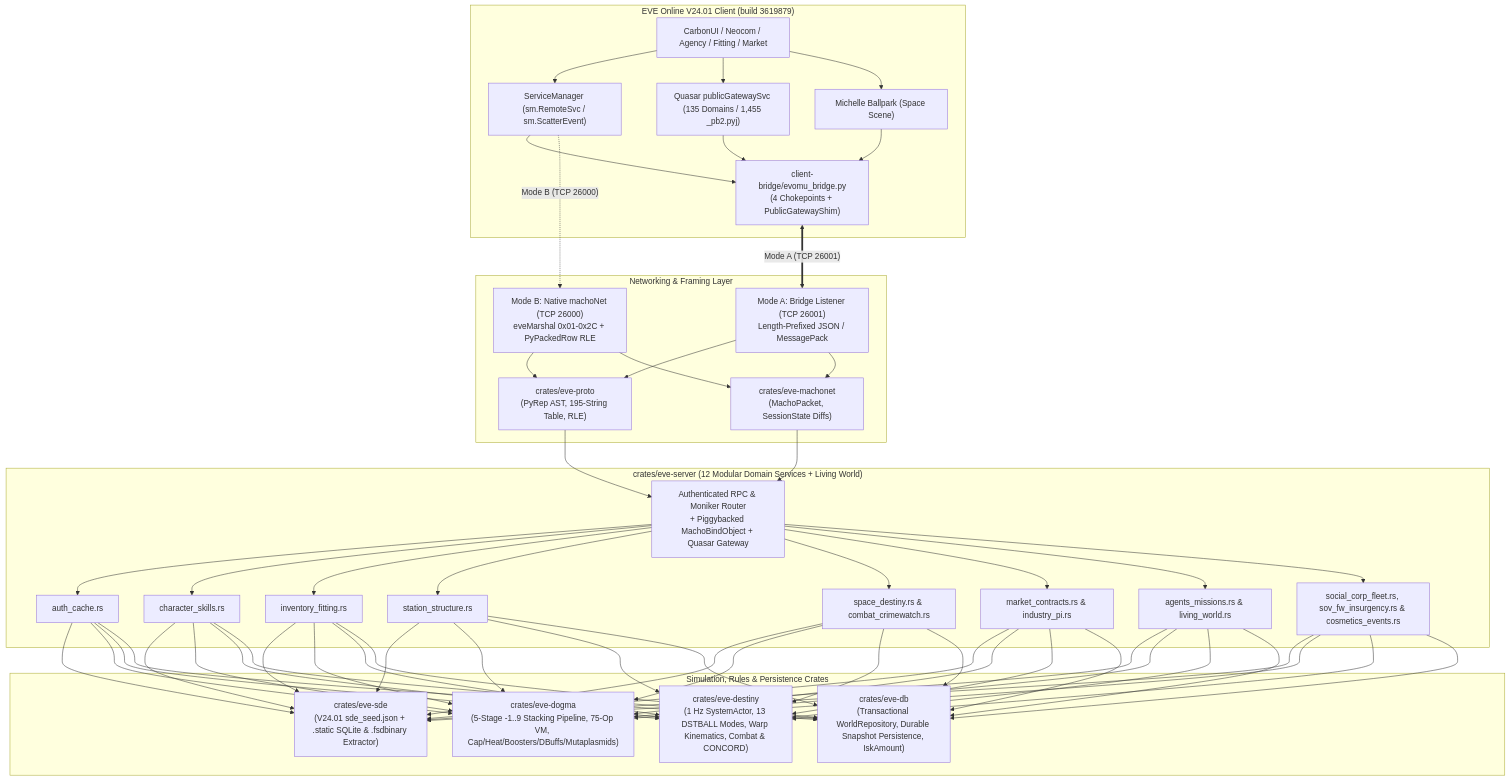
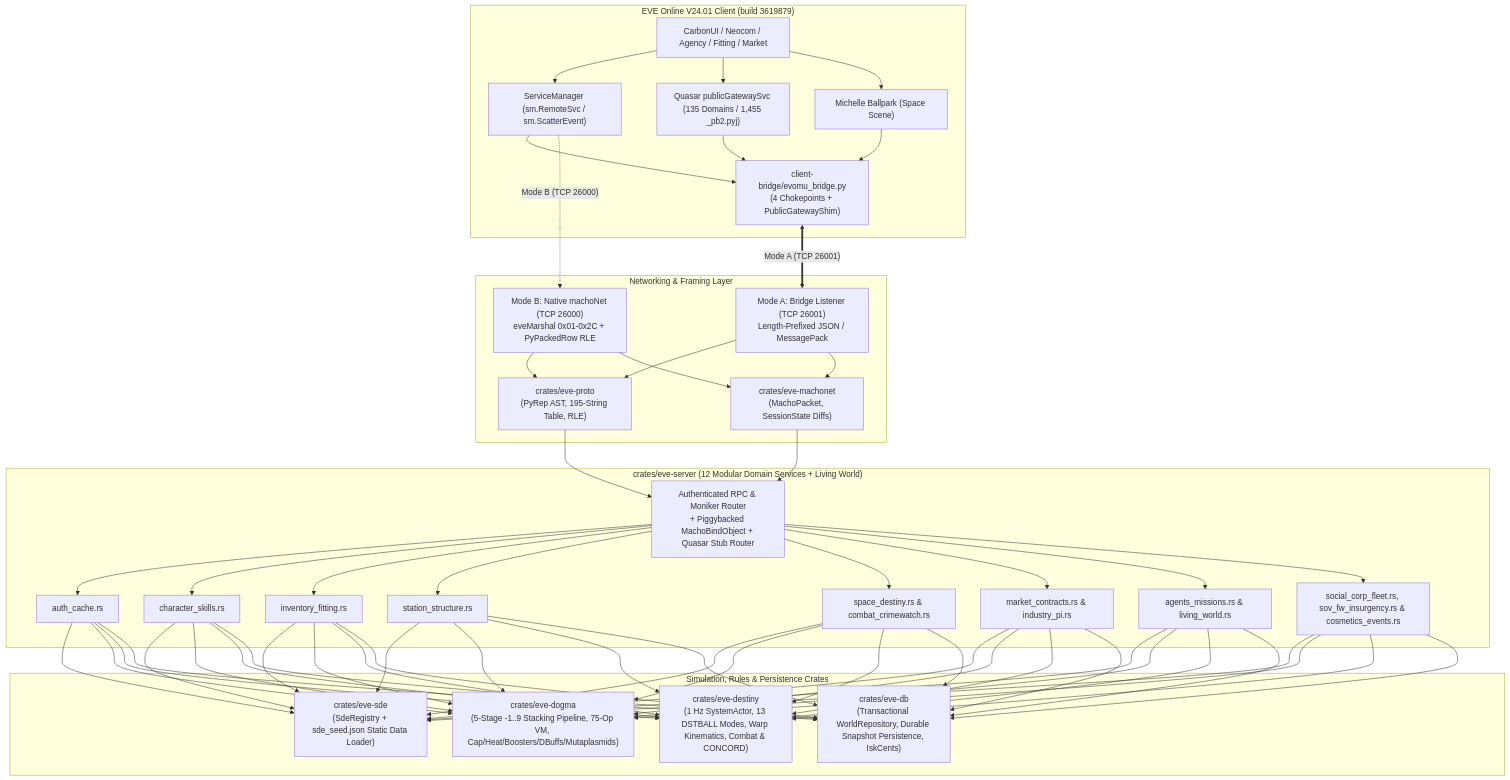
Before and after one commit to saverchenkov/EvoMu: the first of 3 diagrams in README.md, drawn with Mermaid. The commit also changed other lines of this file and 49 other files, not shown here.

````diff
--- a/README.md
+++ b/README.md
@@ -85,45 +85,45 @@
 ```mermaid
 flowchart TB
     subgraph Client ["EVE Online V24.01 Client (build 3619879)"]
         UI["CarbonUI / Neocom / Agency / Fitting / Market"]
         SM["ServiceManager (sm.RemoteSvc / sm.ScatterEvent)"]
         PG["Quasar publicGatewaySvc (135 Domains / 1,455 _pb2.pyj)"]
         Michelle["Michelle Ballpark (Space Scene)"]
         BridgePy["client-bridge/evomu_bridge.py<br/>(4 Chokepoints + PublicGatewayShim)"]
     end
 
     subgraph Edge ["Networking & Framing Layer"]
         Port26001["Mode A: Bridge Listener (TCP 26001)<br/>Length-Prefixed JSON / MessagePack"]
         Port26000["Mode B: Native machoNet (TCP 26000)<br/>eveMarshal 0x01-0x2C + PyPackedRow RLE"]
         ProtoCrate["crates/eve-proto<br/>(PyRep AST, 195-String Table, RLE)"]
         MachoCrate["crates/eve-machonet<br/>(MachoPacket, SessionState Diffs)"]
     end
 
     subgraph Server ["crates/eve-server (12 Modular Domain Services + Living World)"]
-        Router["Authenticated RPC & Moniker Router<br/>+ Piggybacked MachoBindObject + Quasar Gateway"]
+        Router["Authenticated RPC & Moniker Router<br/>+ Piggybacked MachoBindObject + Quasar Stub Router"]
         SvcAuth["auth_cache.rs"]
         SvcChar["character_skills.rs"]
         SvcInv["inventory_fitting.rs"]
         SvcSta["station_structure.rs"]
         SvcSpc["space_destiny.rs & combat_crimewatch.rs"]
         SvcEcon["market_contracts.rs & industry_pi.rs"]
         SvcPvE["agents_missions.rs & living_world.rs"]
         SvcSoc["social_corp_fleet.rs, sov_fw_insurgency.rs & cosmetics_events.rs"]
     end
 
     subgraph Core ["Simulation, Rules & Persistence Crates"]
-        SdeCrate["crates/eve-sde<br/>(V24.01 sde_seed.json + .static SQLite & .fsdbinary Extractor)"]
+        SdeCrate["crates/eve-sde<br/>(SdeRegistry + sde_seed.json Static Data Loader)"]
         DogmaCrate["crates/eve-dogma<br/>(5-Stage -1..9 Stacking Pipeline, 75-Op VM, Cap/Heat/Boosters/DBuffs/Mutaplasmids)"]
         DestinyCrate["crates/eve-destiny<br/>(1 Hz SystemActor, 13 DSTBALL Modes, Warp Kinematics, Combat & CONCORD)"]
-        DbCrate["crates/eve-db<br/>(Transactional WorldRepository, Durable Snapshot Persistence, IskAmount)"]
+        DbCrate["crates/eve-db<br/>(Transactional WorldRepository, Durable Snapshot Persistence, IskCents)"]
     end
 
     UI --> SM & PG & Michelle
     SM & PG & Michelle --> BridgePy
     BridgePy <==>|"Mode A (TCP 26001)"| Port26001
     SM -.->|"Mode B (TCP 26000)"| Port26000
     Port26001 & Port26000 --> ProtoCrate & MachoCrate
     ProtoCrate & MachoCrate --> Router
     Router --> SvcAuth & SvcChar & SvcInv & SvcSta & SvcSpc & SvcEcon & SvcPvE & SvcSoc
     SvcAuth & SvcChar & SvcInv & SvcSta & SvcSpc & SvcEcon & SvcPvE & SvcSoc --> SdeCrate & DogmaCrate & DestinyCrate & DbCrate
 ```
````
